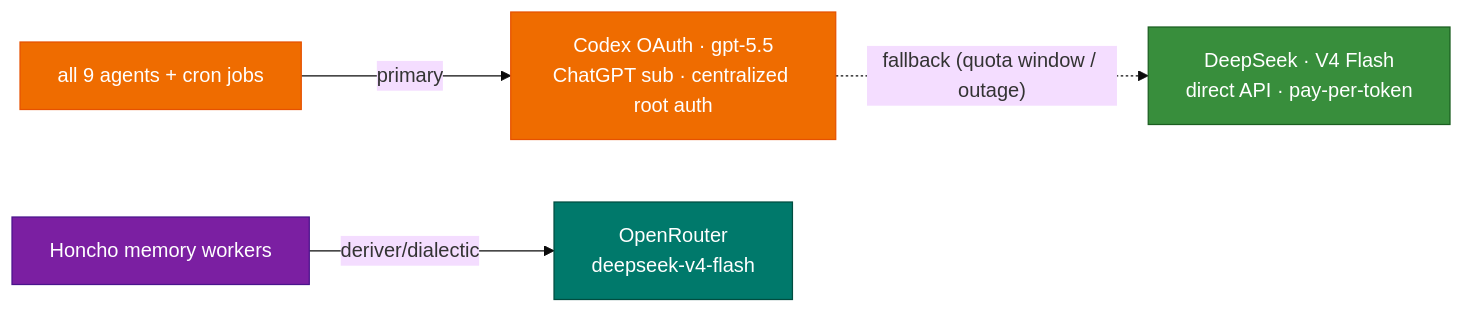
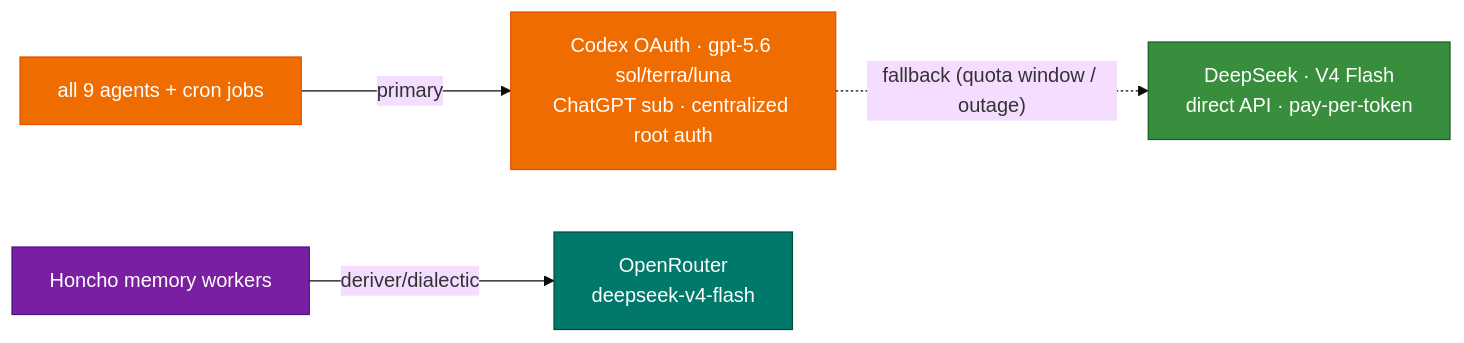
Before and after one commit to mpolatcan/hermes-setup: the third of 5 diagrams in README.md, drawn with Mermaid (base theme). The commit also changed other lines of this file and 4 other files, not shown here.

First line of the commit message:
docs: migrate fleet to GPT-5.6 tiers (sol/terra/luna)

````diff
--- a/README.md
+++ b/README.md
@@ -174,10 +174,10 @@
 ```mermaid
 flowchart LR
-    all9["all 9 agents + cron jobs"]:::codex -->|primary| Codex["Codex OAuth · gpt-5.5<br/>ChatGPT sub · centralized root auth"]:::codex
+    all9["all 9 agents + cron jobs"]:::codex -->|primary| Codex["Codex OAuth · gpt-5.6 sol/terra/luna<br/>ChatGPT sub · centralized root auth"]:::codex
     Codex -. "fallback (quota window / outage)" .-> DeepSeek["DeepSeek · V4 Flash<br/>direct API · pay-per-token"]:::mini
     Honcho["Honcho memory workers"]:::infra -->|deriver/dialectic| ORd["OpenRouter<br/>deepseek-v4-flash"]:::ext
     classDef codex fill:#EF6C00,stroke:#E65100,color:#fff
     classDef mini fill:#388E3C,stroke:#1B5E20,color:#fff
     classDef ext fill:#00796B,stroke:#004D40,color:#fff
     classDef infra fill:#7B1FA2,stroke:#4A148C,color:#fff
 ```
````
